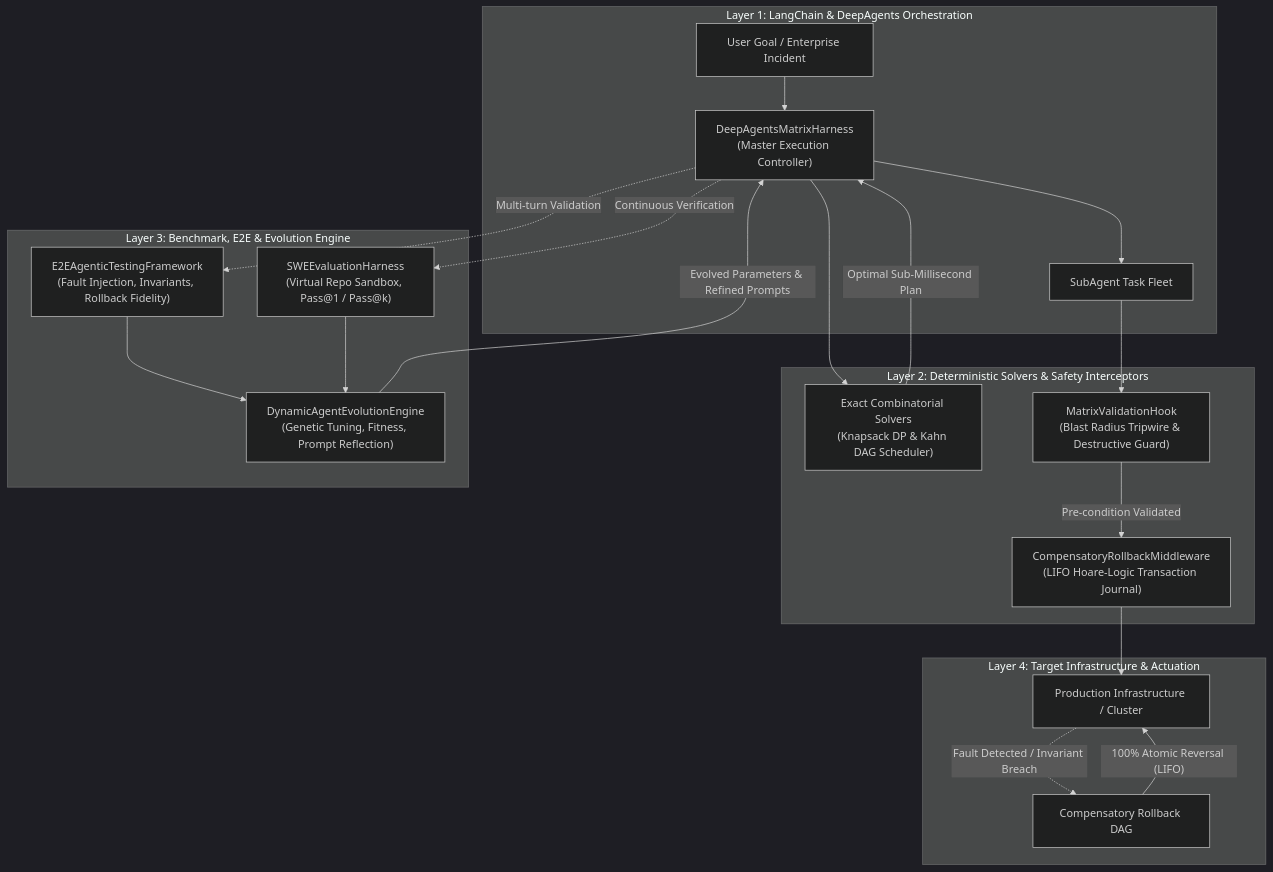
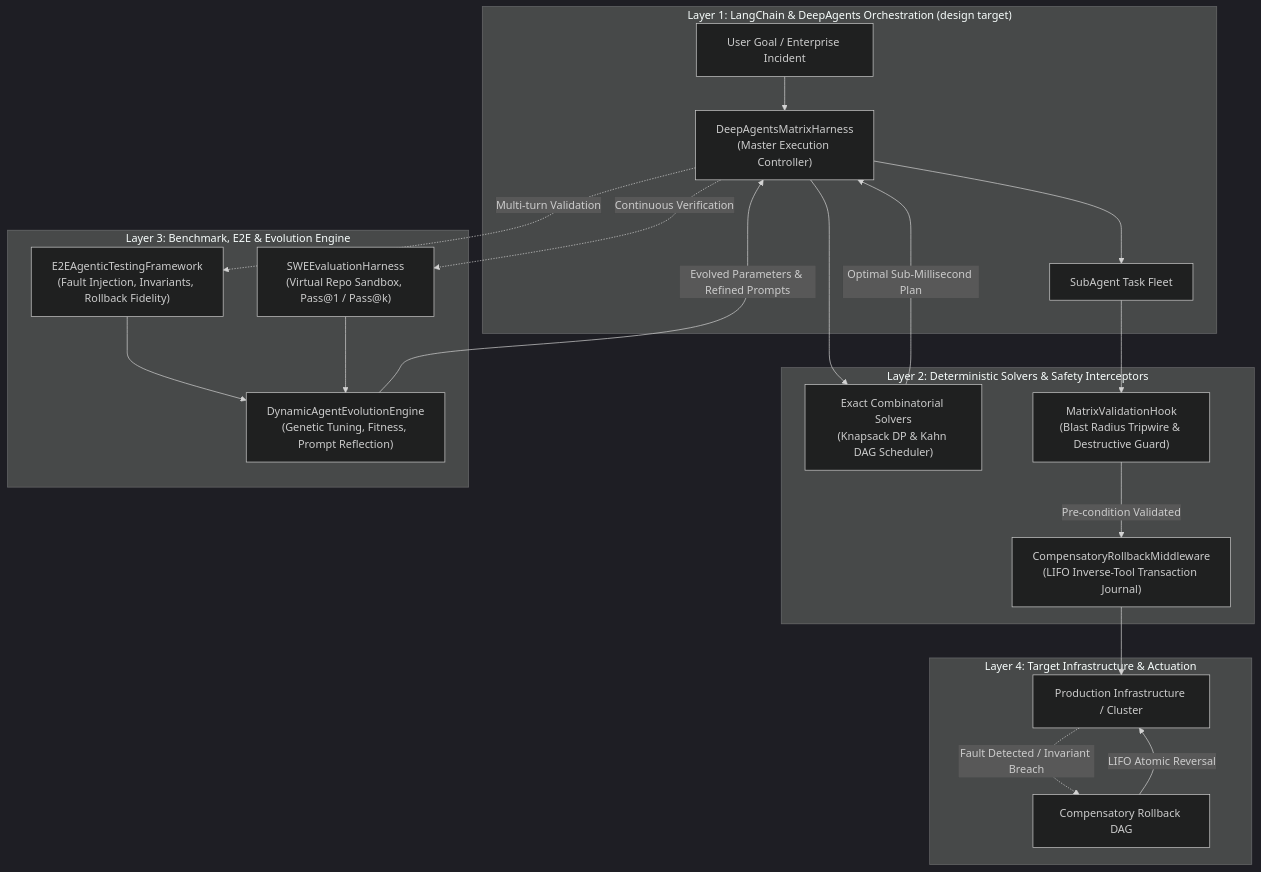
The first of 4 diagrams in README.md (AAH20/apex-deepagents-matrix), drawn with Mermaid (dark theme) before and after one commit. The commit also changed other lines of this file, not shown here.

````diff
--- a/README.md
+++ b/README.md
@@ -43,42 +45,42 @@
 ```mermaid
 flowchart TD
-    subgraph Layer1 ["Layer 1: LangChain & DeepAgents Orchestration"]
+    subgraph Layer1 ["Layer 1: LangChain & DeepAgents Orchestration (design target)"]
         USER["User Goal / Enterprise Incident"]
         HARNESS["DeepAgentsMatrixHarness<br/>(Master Execution Controller)"]
         FLEET["SubAgent Task Fleet"]
     end
 
     subgraph Layer2 ["Layer 2: Deterministic Solvers & Safety Interceptors"]
         SOLVER["Exact Combinatorial Solvers<br/>(Knapsack DP & Kahn DAG Scheduler)"]
         VALIDATOR["MatrixValidationHook<br/>(Blast Radius Tripwire & Destructive Guard)"]
-        JOURNAL["CompensatoryRollbackMiddleware<br/>(LIFO Hoare-Logic Transaction Journal)"]
+        JOURNAL["CompensatoryRollbackMiddleware<br/>(LIFO Inverse-Tool Transaction Journal)"]
     end
 
     subgraph Layer3 ["Layer 3: Benchmark, E2E & Evolution Engine"]
         SWE["SWEEvaluationHarness<br/>(Virtual Repo Sandbox, Pass@1 / Pass@k)"]
         E2E["E2EAgenticTestingFramework<br/>(Fault Injection, Invariants, Rollback Fidelity)"]
         EVO["DynamicAgentEvolutionEngine<br/>(Genetic Tuning, Fitness, Prompt Reflection)"]
     end
 
     subgraph Layer4 ["Layer 4: Target Infrastructure & Actuation"]
         PROD["Production Infrastructure / Cluster"]
         ROLLBACK_EXEC["Compensatory Rollback DAG"]
     end
 
     USER --> HARNESS
     HARNESS --> SOLVER
     SOLVER -- "Optimal Sub-Millisecond Plan" --> HARNESS
     HARNESS --> FLEET
 
     FLEET --> VALIDATOR
     VALIDATOR -- "Pre-condition Validated" --> JOURNAL
     JOURNAL --> PROD
 
     PROD -. "Fault Detected / Invariant Breach" .-> ROLLBACK_EXEC
-    ROLLBACK_EXEC -- "100% Atomic Reversal (LIFO)" --> PROD
+    ROLLBACK_EXEC -- "LIFO Atomic Reversal" --> PROD
 
     HARNESS -. "Continuous Verification" .-> SWE
     HARNESS -. "Multi-turn Validation" .-> E2E
     E2E & SWE --> EVO
     EVO -- "Evolved Parameters & Refined Prompts" --> HARNESS
 ```
````
